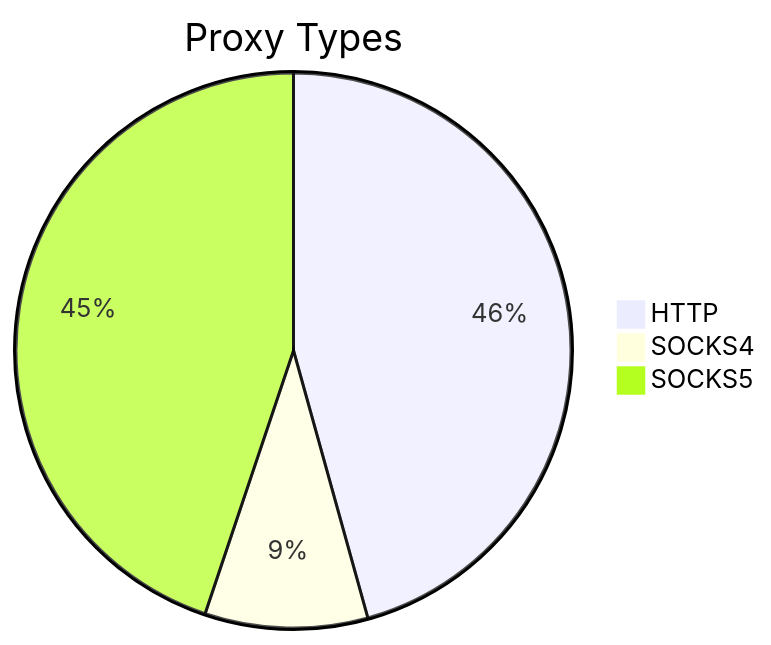
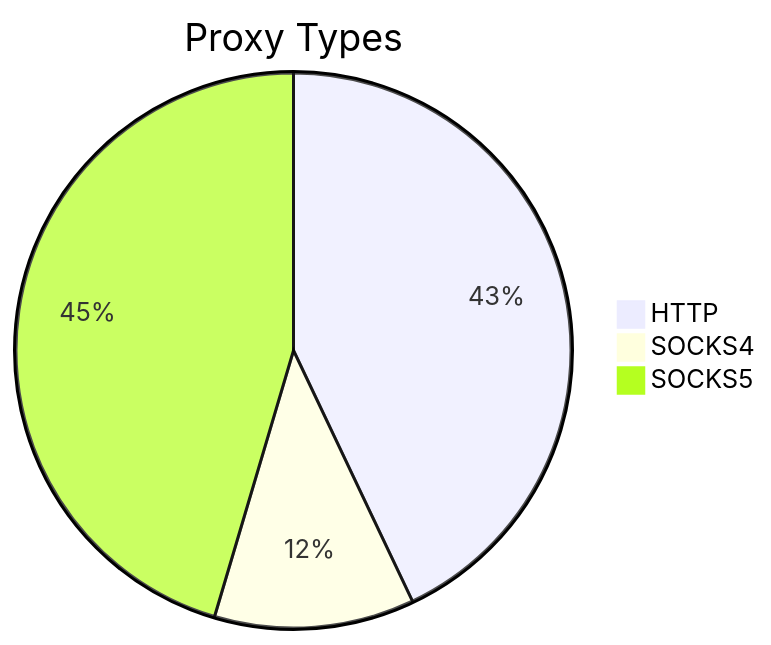
Before and after one commit to stormsia/proxy-list: the first of 2 diagrams in README.md, drawn with Mermaid. The commit also changed other lines of this file, not shown here.

````diff
--- a/README.md
+++ b/README.md
@@ -21,6 +21,6 @@
 ```mermaid
 pie title Proxy Types
-    "HTTP" : 217
-    "SOCKS4" : 45
-    "SOCKS5" : 213
+    "HTTP" : 332
+    "SOCKS4" : 90
+    "SOCKS5" : 351
 ```
````
